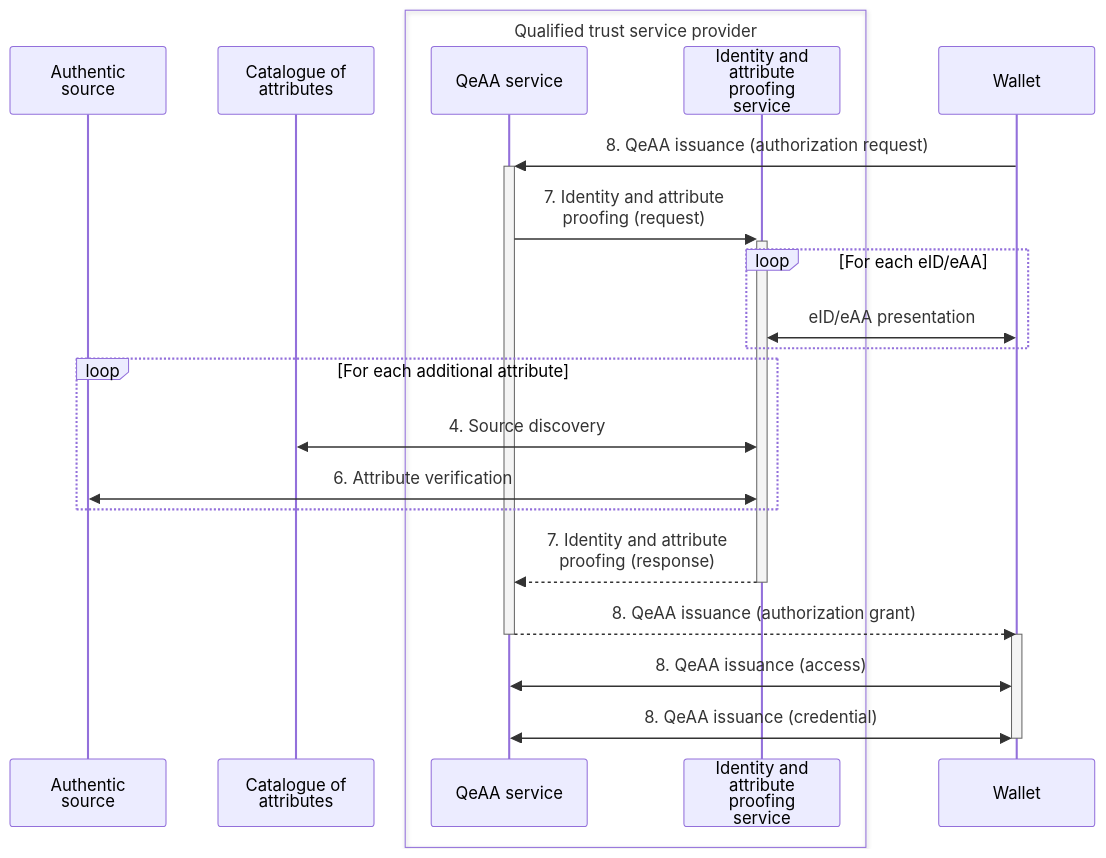
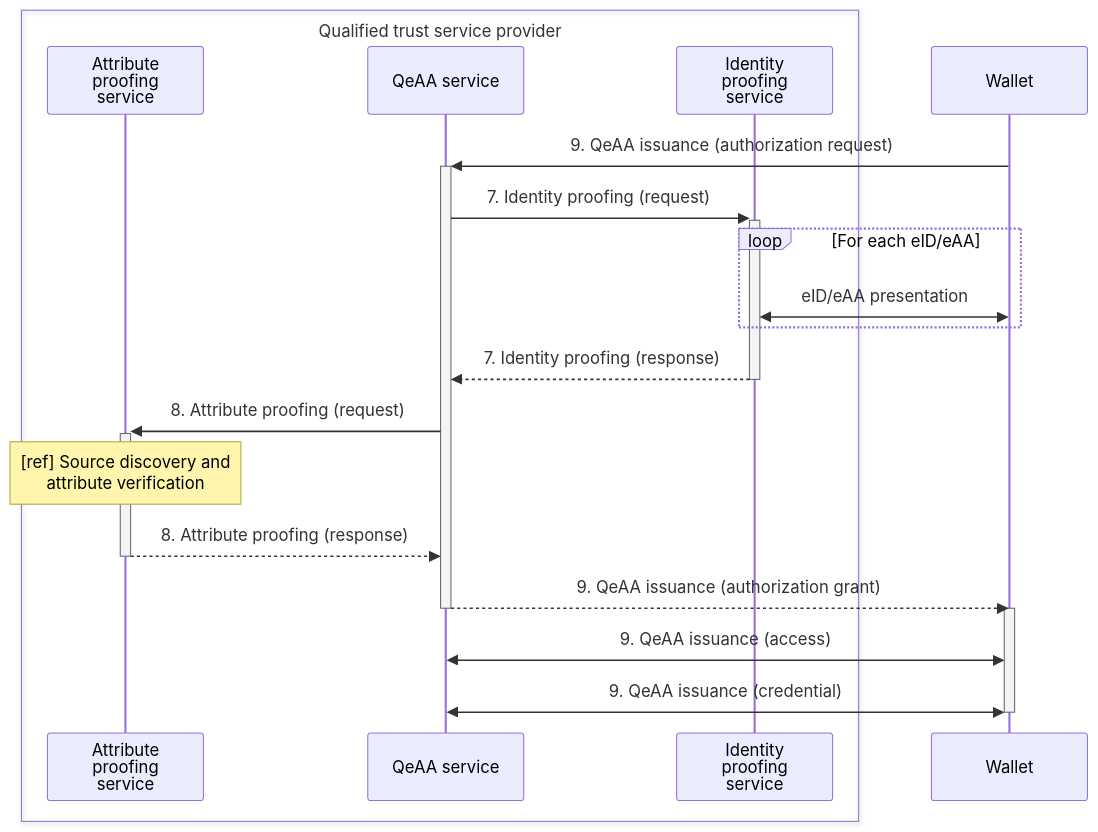
Before and after one commit to webuild-consortium/wp4-qtsp-group: the second of 4 diagrams in docs/qeaa/architecture.md, drawn with Mermaid. The commit also changed other lines of this file, not shown here.

Commit message:
Separate attribute proofing service

````diff
--- a/docs/qeaa/architecture.md
+++ b/docs/qeaa/architecture.md
@@ -121,24 +126,22 @@
 ```mermaid
 sequenceDiagram
-participant AS as Authentic<br>source
-participant CatAtt as Catalogue of<br>attributes
 box Qualified trust service provider
+    participant APS as Attribute<br>proofing<br>service
     participant EAAS as QeAA service
-    participant IPS as Identity and<br>attribute<br>proofing<br>service
+    participant IPS as Identity<br>proofing<br>service
 end
 participant Wallet
-Wallet ->>+ EAAS : 8. QeAA issuance (authorization request)
-EAAS ->>+ IPS : 7. Identity and attribute<br>proofing (request)
+Wallet ->>+ EAAS : 9. QeAA issuance (authorization request)
+EAAS ->>+ IPS : 7. Identity proofing (request)
 loop For each eID/eAA
     IPS <<->> Wallet : eID/eAA presentation
 end
-loop For each additional attribute
-    IPS <<->> CatAtt : 4. Source discovery
-    IPS <<->> AS : 6. Attribute verification
-end
-IPS -->>- EAAS : 7. Identity and attribute<br>proofing (response)
-EAAS -->>- Wallet : 8. QeAA issuance (authorization grant)
+IPS -->>- EAAS : 7. Identity proofing (response)
+EAAS ->>+ APS : 8. Attribute proofing (request)
+note over APS : [ref] Source discovery and<br>attribute verification
+APS -->>- EAAS : 8. Attribute proofing (response)
+EAAS -->>- Wallet : 9. QeAA issuance (authorization grant)
 activate Wallet
-Wallet <<->> EAAS : 8. QeAA issuance (access)
-Wallet <<->>- EAAS : 8. QeAA issuance (credential)
+Wallet <<->> EAAS : 9. QeAA issuance (access)
+Wallet <<->>- EAAS : 9. QeAA issuance (credential)
 ```
````
